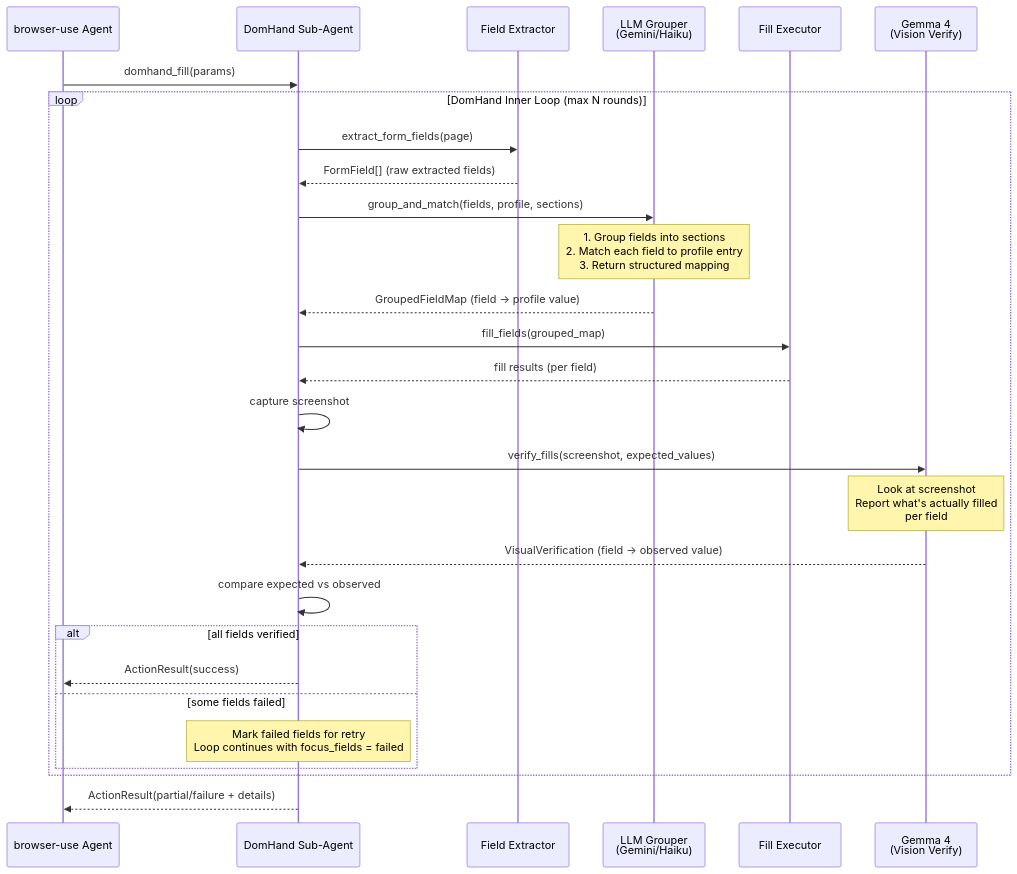
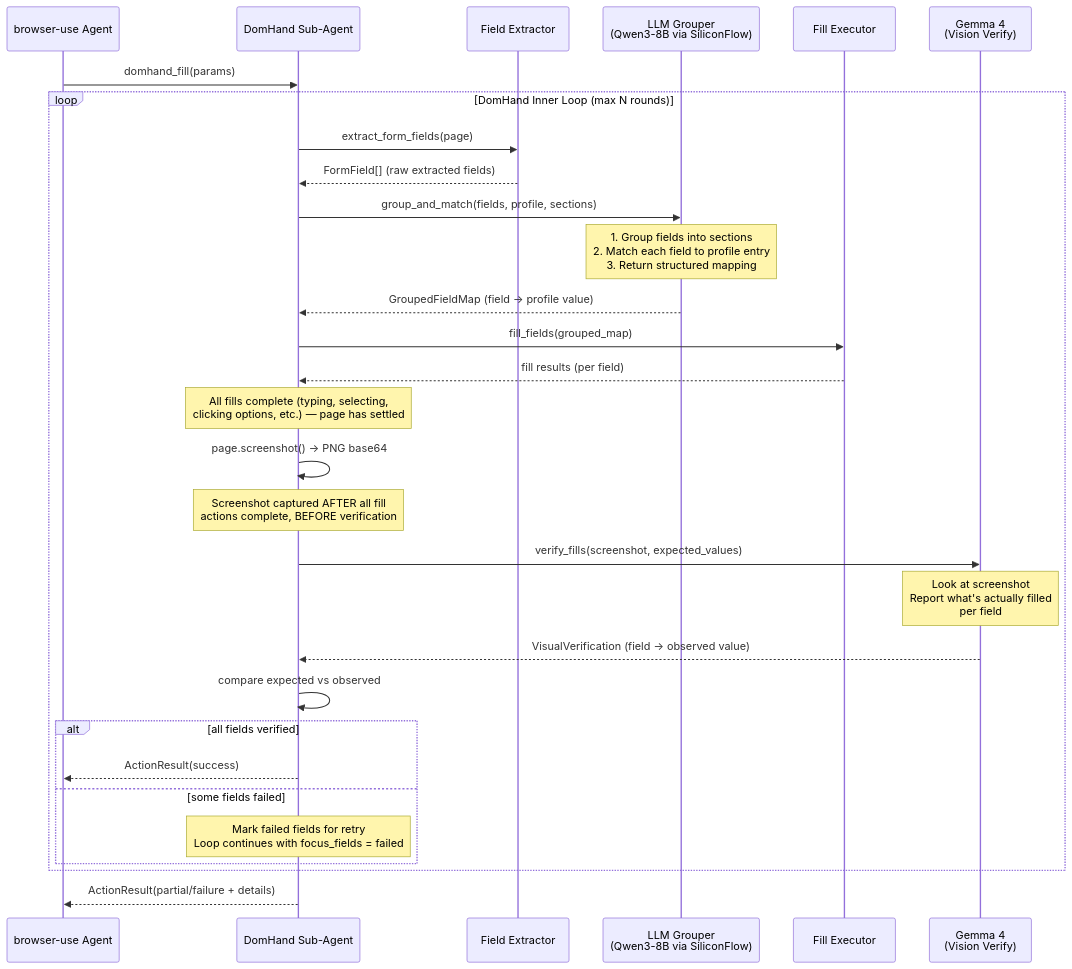
The second of 7 diagrams in .planning/research/V4.0-DOMHAND-ENRICHMENT-OOD.md (WeKruit/Hand-X), drawn with Mermaid before and after one commit. The commit also changed other lines of this file, not shown here.

First line of the commit message:
docs(v4.0): add structured output determinism + PageContext sections

````diff
--- a/.planning/research/V4.0-DOMHAND-ENRICHMENT-OOD.md
+++ b/.planning/research/V4.0-DOMHAND-ENRICHMENT-OOD.md
@@ -179,37 +184,41 @@
 ```mermaid
 sequenceDiagram
     participant BU as browser-use Agent
     participant DH as DomHand Sub-Agent
     participant FE as Field Extractor
-    participant LLM as LLM Grouper<br/>(Gemini/Haiku)
+    participant LLM as LLM Grouper<br/>(Qwen3-8B via SiliconFlow)
     participant Fill as Fill Executor
     participant G4 as Gemma 4<br/>(Vision Verify)
 
     BU->>DH: domhand_fill(params)
 
     loop DomHand Inner Loop (max N rounds)
         DH->>FE: extract_form_fields(page)
         FE-->>DH: FormField[] (raw extracted fields)
 
         DH->>LLM: group_and_match(fields, profile, sections)
         Note over LLM: 1. Group fields into sections<br/>2. Match each field to profile entry<br/>3. Return structured mapping
         LLM-->>DH: GroupedFieldMap (field → profile value)
 
         DH->>Fill: fill_fields(grouped_map)
         Fill-->>DH: fill results (per field)
 
-        DH->>DH: capture screenshot
+        Note over DH: All fills complete (typing, selecting,<br/>clicking options, etc.) — page has settled
+
+        DH->>DH: page.screenshot() → PNG base64
+        Note over DH: Screenshot captured AFTER all fill<br/>actions complete, BEFORE verification
+
         DH->>G4: verify_fills(screenshot, expected_values)
         Note over G4: Look at screenshot<br/>Report what's actually filled<br/>per field
         G4-->>DH: VisualVerification (field → observed value)
 
         DH->>DH: compare expected vs observed
         alt all fields verified
             DH-->>BU: ActionResult(success)
         else some fields failed
             Note over DH: Mark failed fields for retry<br/>Loop continues with focus_fields = failed
         end
     end
 
     DH-->>BU: ActionResult(partial/failure + details)
 ```
````
